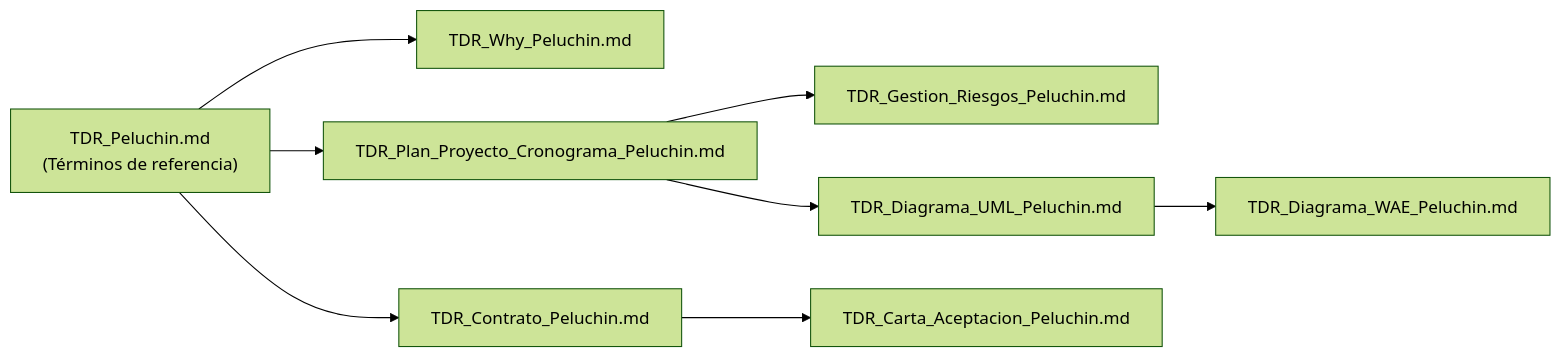
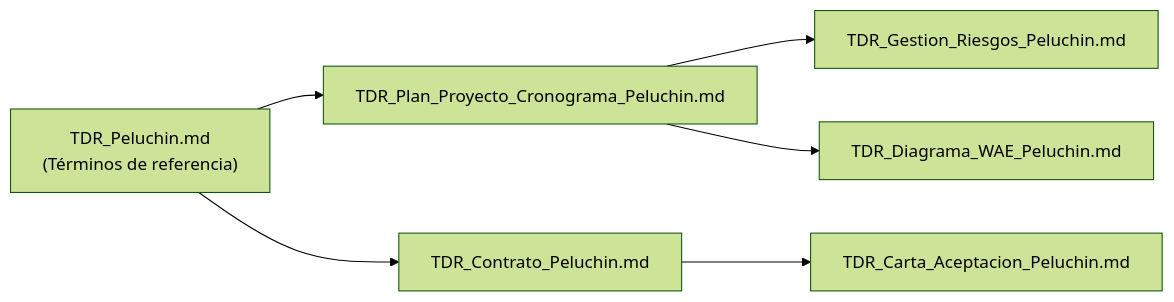
One commit to TrynaFindMimi/gestion-proyectos changed the diagram in docs/README.md. Above: the diagram before and after it, drawn with Mermaid (forest theme). The commit also changed other lines of this file and 3 other files, not shown here.

````diff
--- a/docs/README.md
+++ b/docs/README.md
@@ -32,10 +30,8 @@
 ```mermaid
 flowchart LR
-    TDR["TDR_Peluchin.md<br/>(Términos de referencia)"] --> WHY["TDR_Why_Peluchin.md"]
-    TDR --> PLAN["TDR_Plan_Proyecto_Cronograma_Peluchin.md"]
+    TDR["TDR_Peluchin.md<br/>(Términos de referencia)"] --> PLAN["TDR_Plan_Proyecto_Cronograma_Peluchin.md"]
     PLAN --> RIESGO["TDR_Gestion_Riesgos_Peluchin.md"]
     TDR --> CONTRATO["TDR_Contrato_Peluchin.md"]
     CONTRATO --> CARTA["TDR_Carta_Aceptacion_Peluchin.md"]
-    PLAN --> UML["TDR_Diagrama_UML_Peluchin.md"]
-    UML --> WAE["TDR_Diagrama_WAE_Peluchin.md"]
+    PLAN --> WAE["TDR_Diagrama_WAE_Peluchin.md"]
 ```
````
